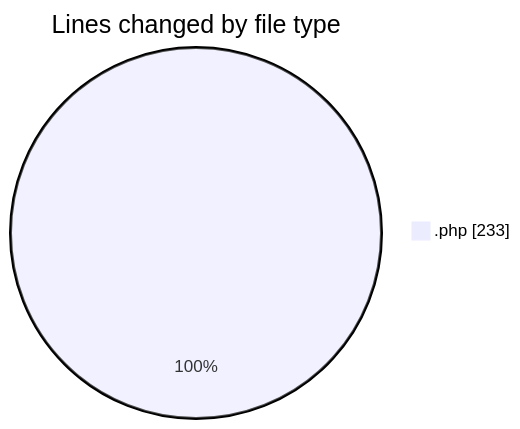
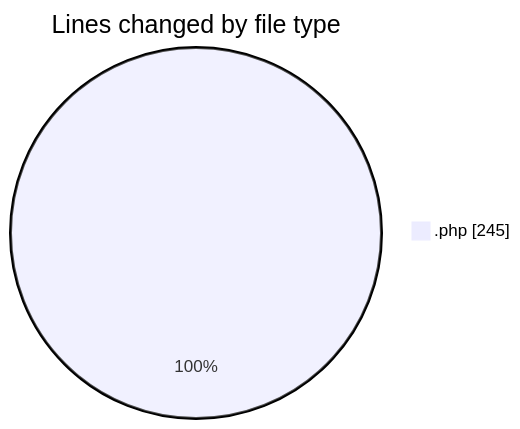
One commit to LanceThiago/code-tracking changed the first of 2 diagrams in 2026-08-28/web/README.md. Above: the diagram before and after it, drawn with Mermaid. The commit also changed other lines of this file and 1 other file, not shown here.

````diff
--- a/2026-08-28/web/README.md
+++ b/2026-08-28/web/README.md
@@ -20,5 +20,5 @@
 ```mermaid
 pie showData
 title Lines changed by file type
-".php" : 233
+".php" : 245
 ```
````
